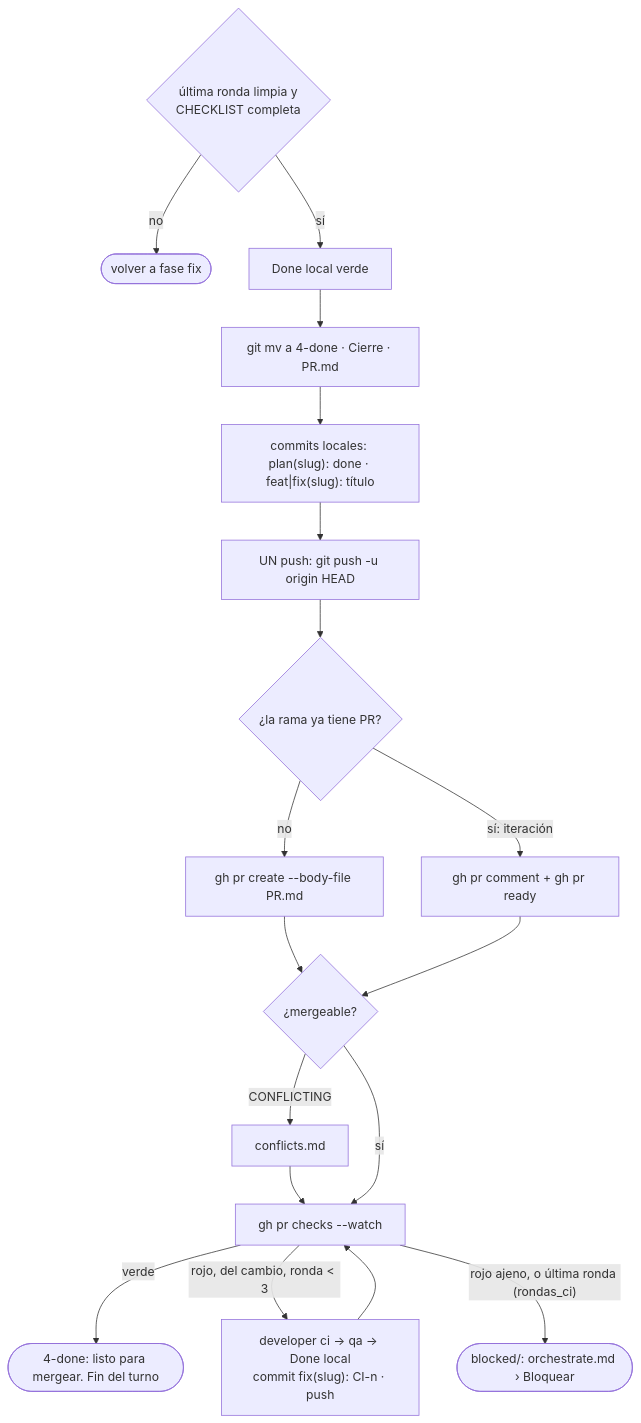
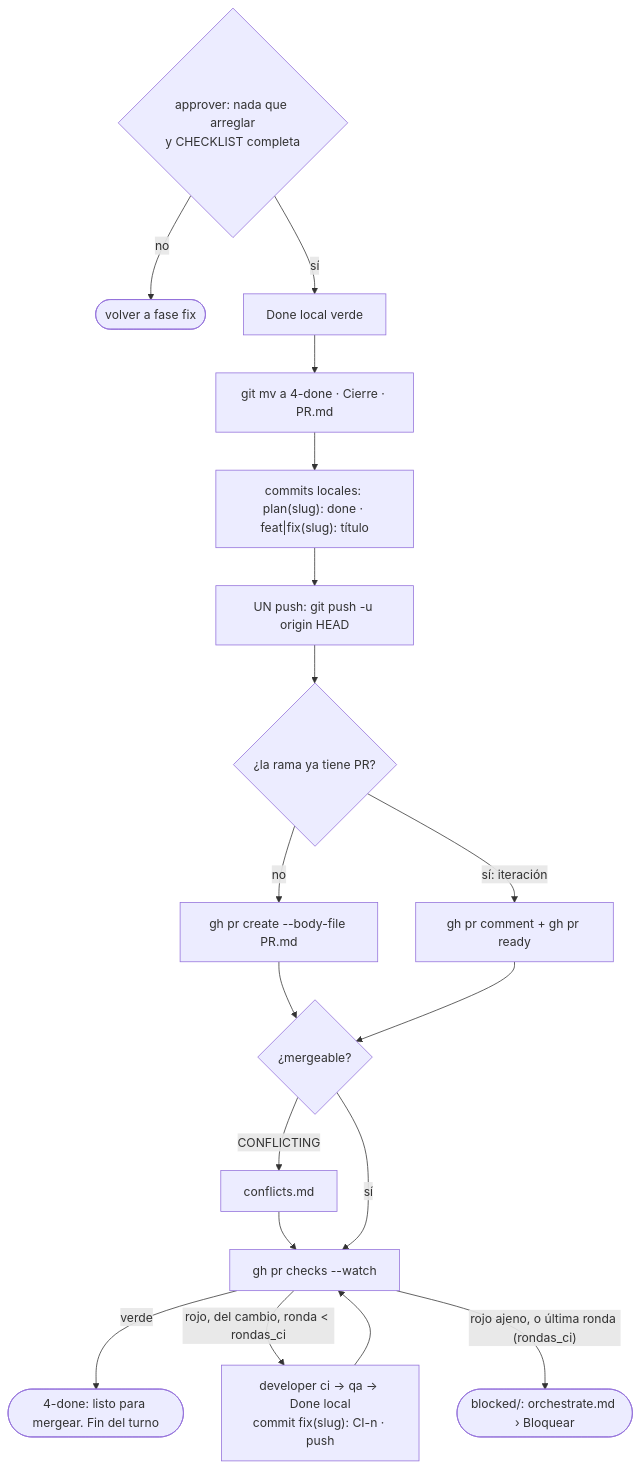
One commit to octavio-parozlabs/mindstack changed the diagram in skills/workflow/references/pr.md. Above: the diagram before and after it, drawn with Mermaid. The commit also changed other lines of this file and 36 other files, not shown here.

First line of the commit message:
feat: config centralizada, approver y revisión de consistencia del flujo

````diff
--- a/skills/workflow/references/pr.md
+++ b/skills/workflow/references/pr.md
@@ -5,17 +5,17 @@
 ```mermaid
 flowchart TD
-    V{"última ronda limpia y\nCHECKLIST completa"} -- no --> STOP([volver a fase fix])
+    V{"approver: nada que arreglar\ny CHECKLIST completa"} -- no --> STOP([volver a fase fix])
     V -- sí --> D[Done local verde]
     D --> MV["git mv a 4-done · Cierre · PR.md"]
     MV --> CC["commits locales: plan(slug): done · feat|fix(slug): título"]
     CC --> P["UN push: git push -u origin HEAD"]
     P --> G{¿la rama ya tiene PR?}
     G -- no --> NEW[gh pr create --body-file PR.md]
     G -- "sí: iteración" --> IT[gh pr comment + gh pr ready]
     NEW & IT --> X{¿mergeable?}
     X -- CONFLICTING --> CF[conflicts.md] --> W
     X -- sí --> W["gh pr checks --watch"]
     W -- verde --> OK([4-done: listo para mergear. Fin del turno])
-    W -- "rojo, del cambio, ronda < 3" --> F["developer ci → qa → Done local\ncommit fix(slug): CI-n · push"] --> W
+    W -- "rojo, del cambio, ronda < rondas_ci" --> F["developer ci → qa → Done local\ncommit fix(slug): CI-n · push"] --> W
     W -- "rojo ajeno, o última ronda (rondas_ci)" --> BL([blocked/: orchestrate.md › Bloquear])
 ```
````
